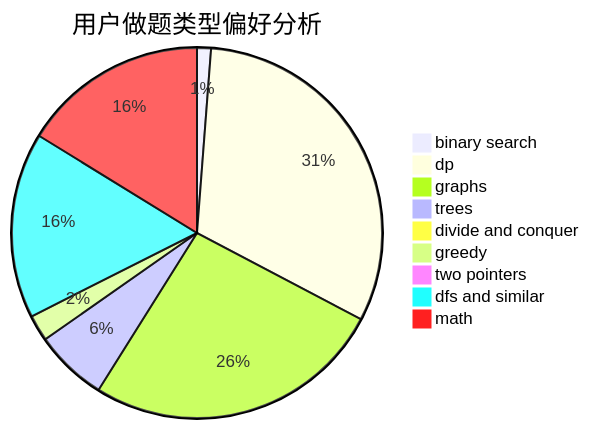
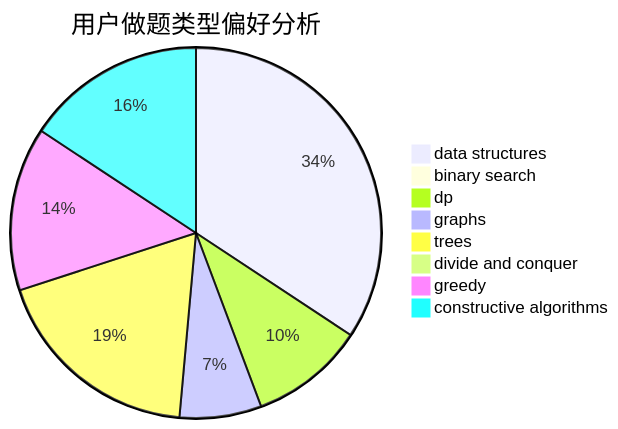
The second of 3 diagrams in docs/user/u1336.md (sherpahu/cfrs.github.io), drawn with Mermaid before and after one commit. The commit also changed other lines of this file and 2775 other files, not shown here.

````diff
--- a/docs/user/u1336.md
+++ b/docs/user/u1336.md
@@ -23,12 +23,11 @@
 ```mermaid
 pie title 用户做题类型偏好分析
-    "binary search" :  9
-    "dp" :  233
-    "graphs" :  194
-    "trees" :  47
-    "divide and conquer" :  6
-    "greedy" :  17
-    "two pointers" :  0
-    "dfs and similar" :  120
-    "math" :  120
+    "data structures" :  24
+    "binary search" :  0
+    "dp" :  7
+    "graphs" :  5
+    "trees" :  13
+    "divide and conquer" :  0
+    "greedy" :  10
+    "constructive algorithms" :  11
 ```
````
